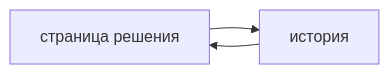
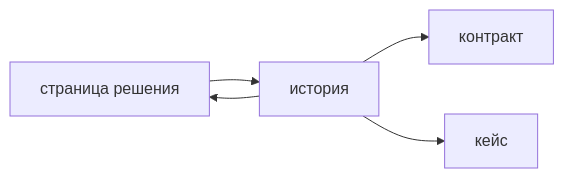
Before and after one commit to AlexanderNY/cursor_test: the diagram in nine-to-eighteen/ui/src/data/learn/sa/sa-jira-confluence.md, drawn with Mermaid. The commit also changed other lines of this file and 40 other files, not shown here.

````diff
--- a/nine-to-eighteen/ui/src/data/learn/sa/sa-jira-confluence.md
+++ b/nine-to-eighteen/ui/src/data/learn/sa/sa-jira-confluence.md
@@ -52,5 +106,7 @@
 ```mermaid
 flowchart LR
   Page[страница решения] --> Story[история]
   Story --> Page
+  Story --> API[контракт]
+  Story --> Case[кейс]
 ```
````
